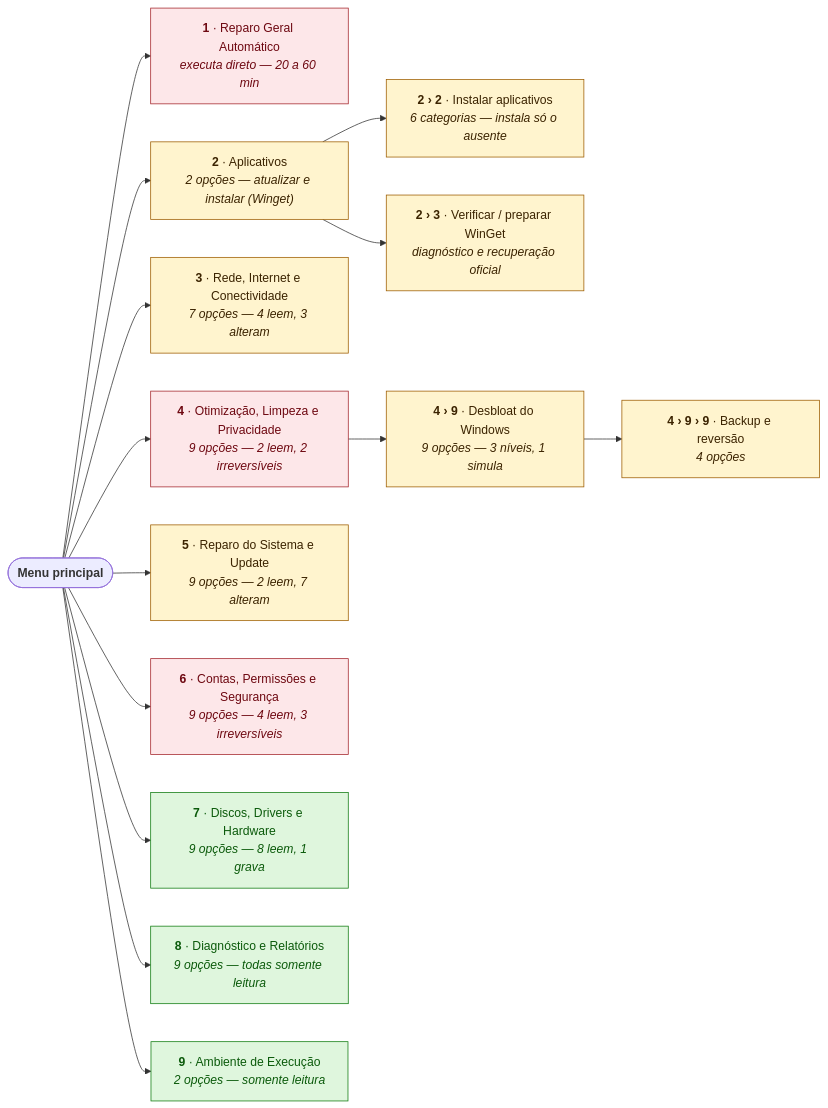
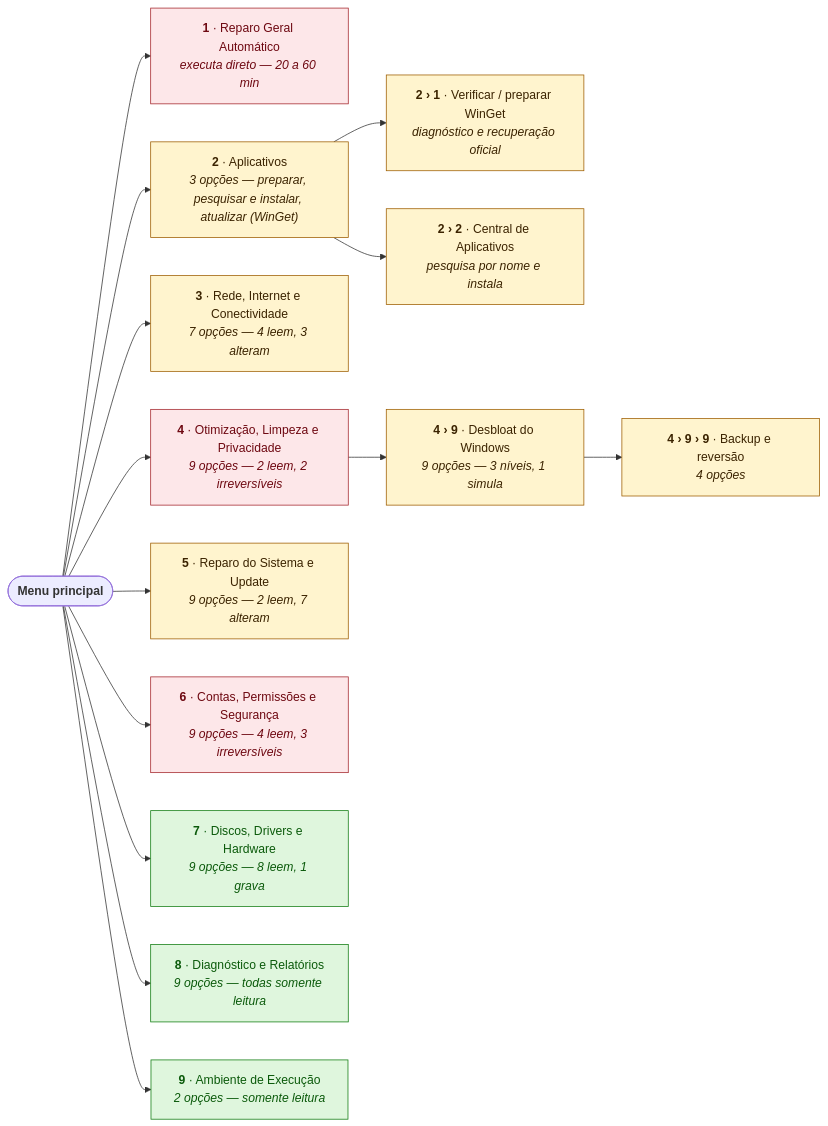
Before and after one commit to edsilas/COMPARTDISK: the second of 3 diagrams in README.md, drawn with Mermaid. The commit also changed other lines of this file and 44 other files, not shown here.

````diff
--- a/README.md
+++ b/README.md
@@ -335,28 +337,28 @@
 ```mermaid
 flowchart LR
     MP(["<b>Menu principal</b>"])
 
     MP --> M1["<b>1</b> · Reparo Geral Automático<br/><i>executa direto — 20 a 60 min</i>"]
-    MP --> M2["<b>2</b> · Aplicativos<br/><i>2 opções — atualizar e instalar (Winget)</i>"]
+    MP --> M2["<b>2</b> · Aplicativos<br/><i>3 opções — preparar, pesquisar e instalar, atualizar (WinGet)</i>"]
     MP --> M3["<b>3</b> · Rede, Internet e Conectividade<br/><i>7 opções — 4 leem, 3 alteram</i>"]
     MP --> M4["<b>4</b> · Otimização, Limpeza e Privacidade<br/><i>9 opções — 2 leem, 2 irreversíveis</i>"]
     MP --> M5["<b>5</b> · Reparo do Sistema e Update<br/><i>9 opções — 2 leem, 7 alteram</i>"]
     MP --> M6["<b>6</b> · Contas, Permissões e Segurança<br/><i>9 opções — 4 leem, 3 irreversíveis</i>"]
     MP --> M7["<b>7</b> · Discos, Drivers e Hardware<br/><i>9 opções — 8 leem, 1 grava</i>"]
     MP --> M8["<b>8</b> · Diagnóstico e Relatórios<br/><i>9 opções — todas somente leitura</i>"]
     MP --> M9["<b>9</b> · Ambiente de Execução<br/><i>2 opções — somente leitura</i>"]
 
-    M2 --> AP["<b>2 › 2</b> · Instalar aplicativos<br/><i>6 categorias — instala só o ausente</i>"]
-    M2 --> WG["<b>2 › 3</b> · Verificar / preparar WinGet<br/><i>diagnóstico e recuperação oficial</i>"]
+    M2 --> WG["<b>2 › 1</b> · Verificar / preparar WinGet<br/><i>diagnóstico e recuperação oficial</i>"]
+    M2 --> CA["<b>2 › 2</b> · Central de Aplicativos<br/><i>pesquisa por nome e instala</i>"]
 
     M4 --> DB["<b>4 › 9</b> · Desbloat do Windows<br/><i>9 opções — 3 níveis, 1 simula</i>"]
     DB --> BK["<b>4 › 9 › 9</b> · Backup e reversão<br/><i>4 opções</i>"]
 
     classDef leitura fill:#DFF6DD,stroke:#107C10,color:#0B5A0B
     classDef altera fill:#FFF4CE,stroke:#9D5D00,color:#3B2300
     classDef critico fill:#FDE7E9,stroke:#A4262C,color:#6E0811
     class M8,M9 leitura
-    class M2,M3,M5,AP,WG,DB,BK altera
+    class M2,M3,M5,WG,CA,DB,BK altera
     class M1,M4,M6 critico
     class M7 leitura
 ```
````
